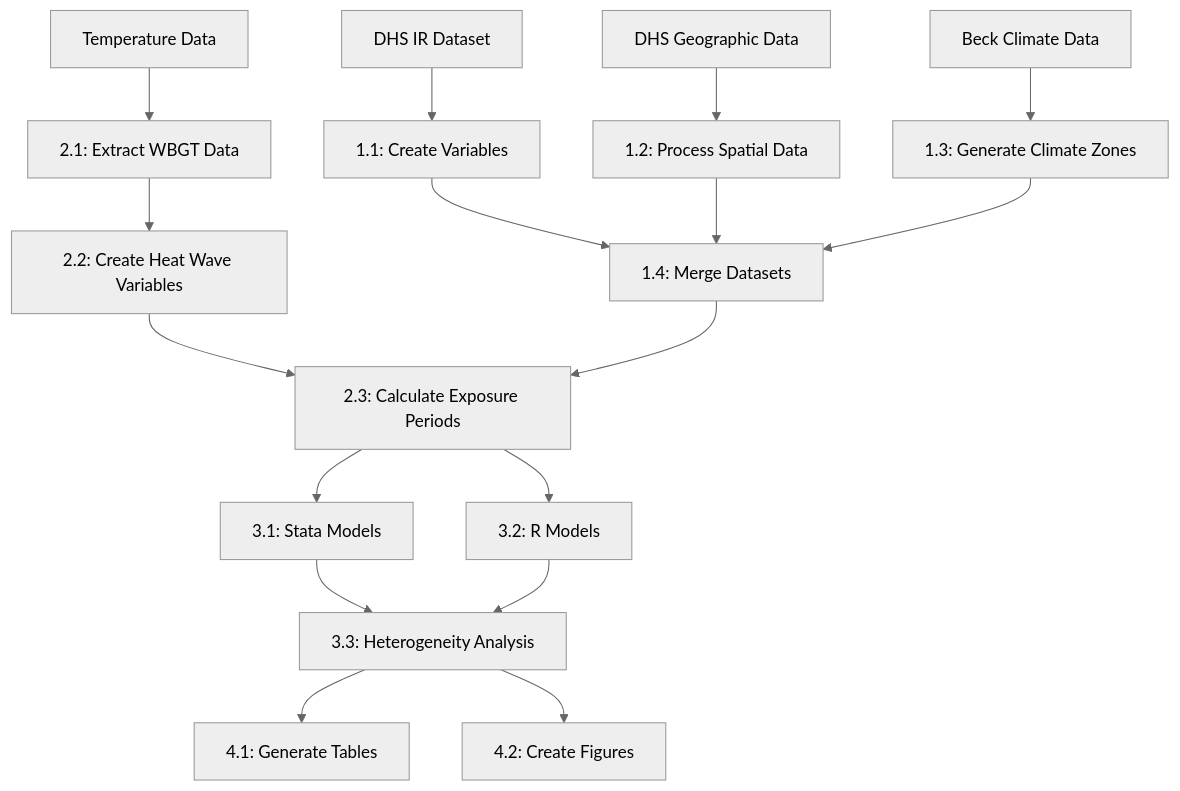
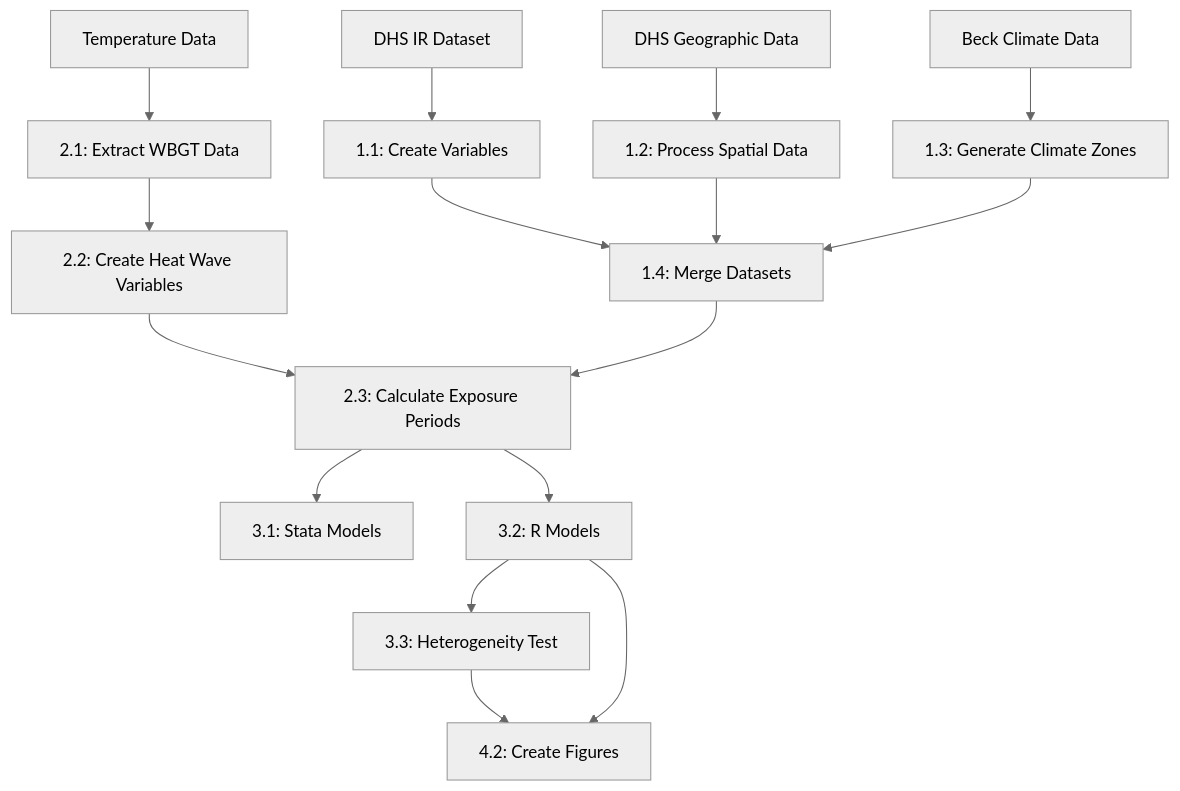
The diagram in Readme.md (arnabkdey/Heat_Healthcare_Pregnancy_India), drawn with Mermaid (neutral theme) before and after one commit. The commit also changed other lines of this file and 7 other files, not shown here.

````diff
--- a/Readme.md
+++ b/Readme.md
@@ -70,19 +70,18 @@
 ```mermaid
 graph TD
     A[DHS IR Dataset] --> B[1.1: Create Variables]
     C[DHS Geographic Data] --> D[1.2: Process Spatial Data]
     E[Beck Climate Data] --> F[1.3: Generate Climate Zones]
     B --> G[1.4: Merge Datasets]
     D --> G
     F --> G
     H[Temperature Data] --> I[2.1: Extract WBGT Data]
     I --> J[2.2: Create Heat Wave Variables]
     J --> K[2.3: Calculate Exposure Periods]
     G --> K
     K --> L[3.1: Stata Models]
     K --> M[3.2: R Models]
-    L --> N[3.3: Heterogeneity Analysis]
-    M --> N
-    N --> O[4.1: Generate Tables]
+    M --> N[3.3: Heterogeneity Test]
     N --> P[4.2: Create Figures]
+    M --> P
 ```
````
